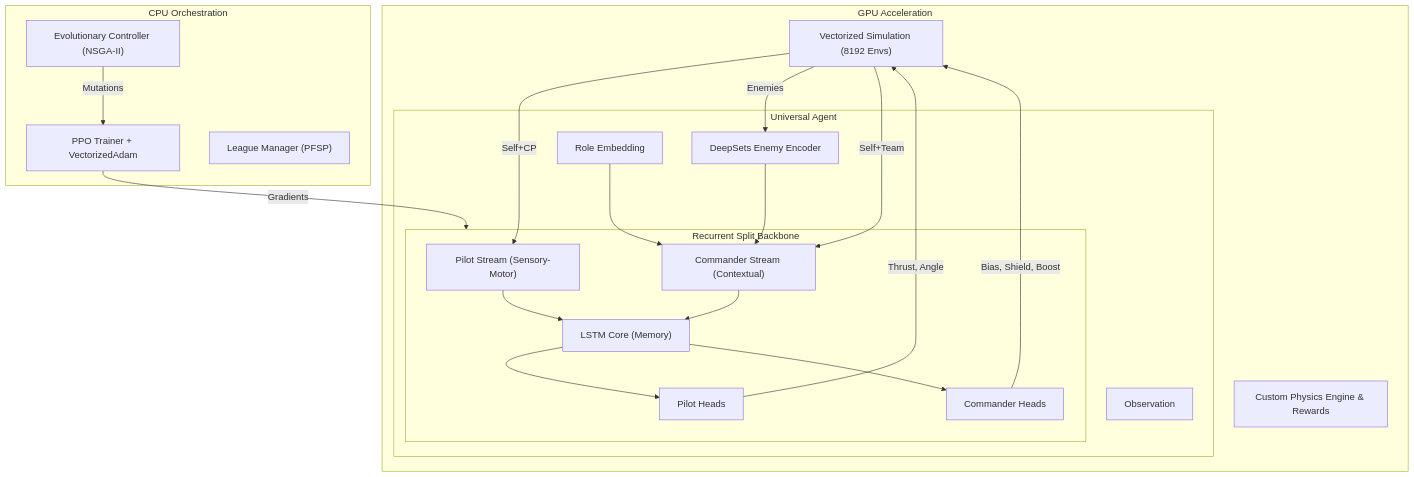
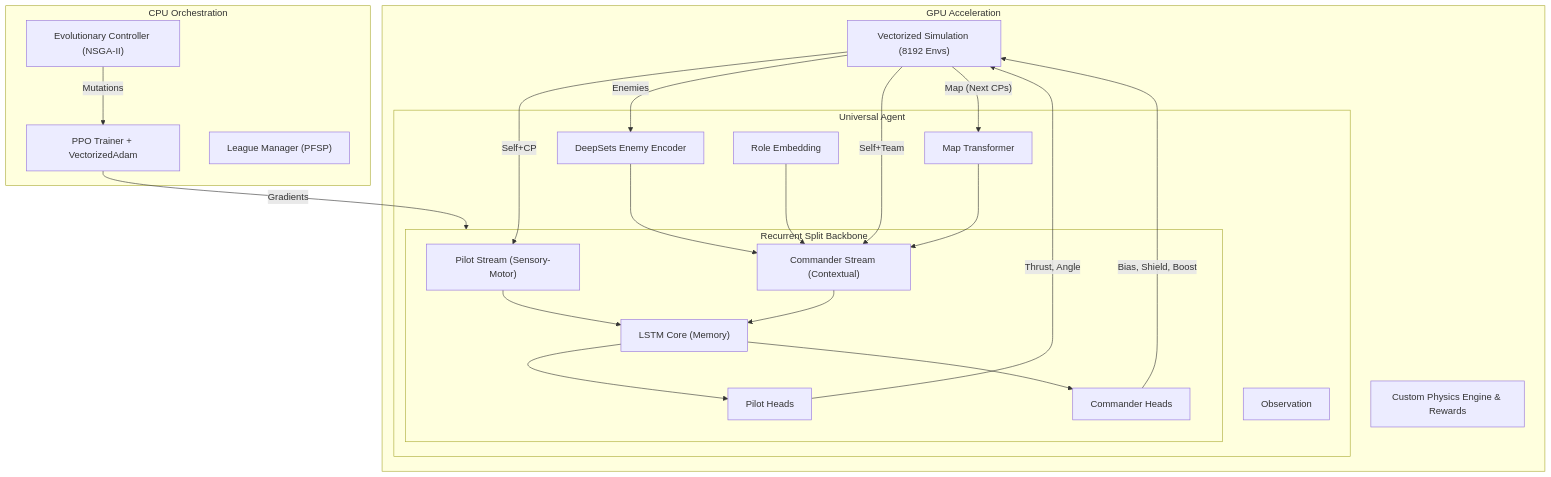
Before and after one commit to Vietnoirien/Sebulba-s-Legacy: the diagram in docs/architecture.md, drawn with Mermaid. The commit also changed other lines of this file and 8 other files, not shown here.

Commit message:
feat: Introduce map embedding via a Transformer within the DeepSets agent and integrate it into the PPO training and observation pipeline.

````diff
--- a/docs/architecture.md
+++ b/docs/architecture.md
@@ -8,48 +8,51 @@
 ```mermaid
 graph TD
     subgraph GPU_ACC ["GPU Acceleration"]
         sim_vec["Vectorized Simulation (8192 Envs)"]
         physics_eng["Custom Physics Engine & Rewards"]
         
         subgraph agent_model ["Universal Agent"]
             obs_input["Observation"]
             
             subgraph unified_brain ["Recurrent Split Backbone"]
                 pilot_feat["Pilot Stream (Sensory-Motor)"]
                 cmd_feat["Commander Stream (Contextual)"]
                 
                 lstm_core["LSTM Core (Memory)"]
                 
                 pilot_heads["Pilot Heads"]
                 cmd_heads["Commander Heads"]
             end
             
             enemy_encoder["DeepSets Enemy Encoder"]
+            map_encoder["Map Transformer"]
             role_emb["Role Embedding"]
         end
     end
     
     subgraph CPU_ORCH ["CPU Orchestration"]
         ppo_trainer["PPO Trainer + VectorizedAdam"]
         ga_ctrl["Evolutionary Controller (NSGA-II)"]
         league_mgr["League Manager (PFSP)"]
     end
     
     sim_vec -- "Self+CP" --> pilot_feat
     sim_vec -- "Enemies" --> enemy_encoder 
     enemy_encoder --> cmd_feat
     sim_vec -- "Self+Team" --> cmd_feat
+    sim_vec -- "Map (Next CPs)" --> map_encoder
+    map_encoder --> cmd_feat
     role_emb --> cmd_feat
     
     pilot_feat --> lstm_core
     cmd_feat --> lstm_core
     
     lstm_core --> pilot_heads
     lstm_core --> cmd_heads
     
     pilot_heads -- "Thrust, Angle" --> sim_vec
     cmd_heads -- "Bias, Shield, Boost" --> sim_vec
     
     ppo_trainer -- "Gradients" --> unified_brain
     ga_ctrl -- "Mutations" --> ppo_trainer
 ```
````
